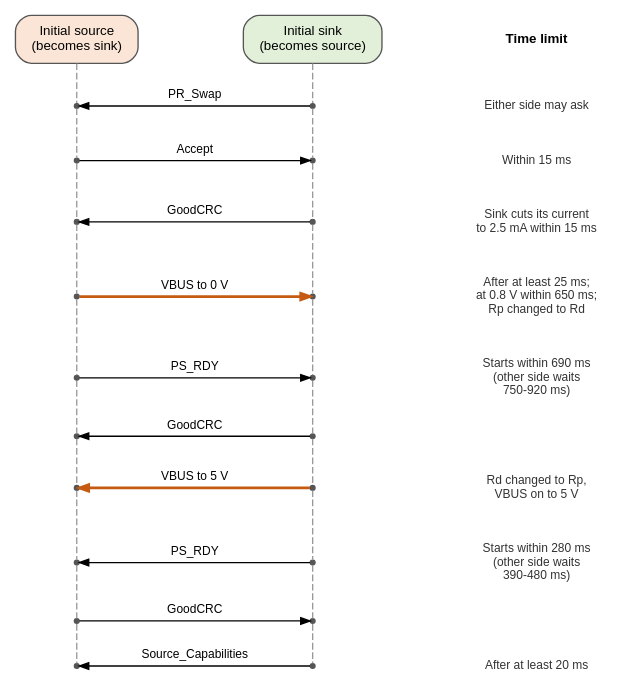
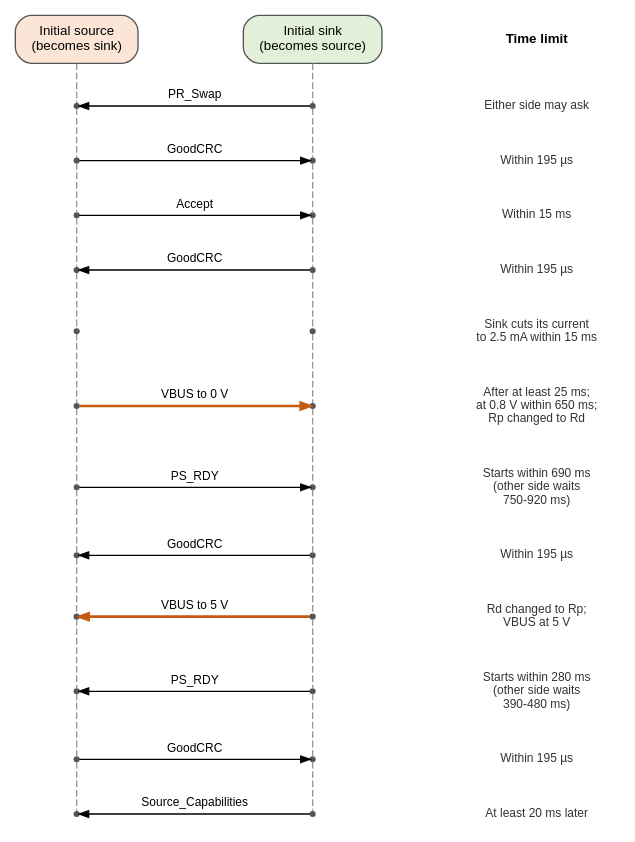
The diagram in docs/power/usb-pd/pr-swap.dot (mithro/evampire), drawn with Graphviz before and after one commit. The commit also changed 1 other file, not shown here.

Commit message:
Rewrite the USB PD sections on power role, data role and VCONN swaps
Add the section Data roles and DR_Swap (label usbpd-data-roles) that the USB serial pages link to, and redraw the power role swap with every GoodCRC and its time limit, as in PD Figure 4.14. Fast role swap and Hard Reset follow in the next commit.

```diff
--- a/docs/power/usb-pd/pr-swap.dot
+++ b/docs/power/usb-pd/pr-swap.dot
@@ -1,60 +1,72 @@
-// Power role swap message sequence (USB PD specification, sections 4.3.3 and 7.10).
-// Time runs from top to bottom. Not to scale.
+// Power role swap message sequence (USB PD R3.3, Section 4.3.3, Figure 4.14,
+// Section 7.10; time limits from Tables 4.7, 4.8 and 7.10).
+// The initial sink asks in this example. Time runs from top to bottom.
+// Not to scale.
 //
 // SPDX-License-Identifier: Apache-2.0
 
 digraph pr_swap {
     graph [rankdir=TB, fontname="Helvetica", fontsize=11, nodesep=1.1,
            ranksep=0.3, newrank=true, splines=false];
     node  [shape=point, width=0.05, color="#555555", fontname="Helvetica",
            fontsize=10];
     edge  [fontname="Helvetica", fontsize=9, arrowsize=0.7];
 
     a [shape=box, style="rounded,filled", fillcolor="#fbe5d6",
        label="Initial source\n(becomes sink)", width=1.1];
     b [shape=box, style="rounded,filled", fillcolor="#e2f0d9",
        label="Initial sink\n(becomes source)", width=1.1];
-    nh [shape=plaintext, label="Time limit", fontsize=10, fontname="Helvetica-Bold"];
+    nh [shape=plaintext, label="Time limit", fontsize=10,
+        fontname="Helvetica-Bold"];
 
-    a1; a2; a3; a4; a5; a6; a7; a8; a9; a10;
-    b1; b2; b3; b4; b5; b6; b7; b8; b9; b10;
+    a1; a2; a3; a4; a5; a6; a7; a8; a9; a10; a11; a12;
+    b1; b2; b3; b4; b5; b6; b7; b8; b9; b10; b11; b12;
 
     node [shape=plaintext, width=0, height=0, fontsize=9, fontcolor="#333333"];
     n1  [label="Either side may ask"];
-    n2  [label="Within 15 ms"];
-    n3  [label="Sink cuts its current\nto 2.5 mA within 15 ms"];
-    n4  [label="After at least 25 ms;\nat 0.8 V within 650 ms;\nRp changed to Rd"];
-    n5  [label="Starts within 690 ms\n(other side waits\n750-920 ms)"];
-    n7  [label="Rd changed to Rp,\nVBUS on to 5 V"];
-    n8  [label="Starts within 280 ms\n(other side waits\n390-480 ms)"];
-    n10 [label="After at least 20 ms"];
+    n2  [label="Within 195 µs"];
+    n3  [label="Within 15 ms"];
+    n4  [label="Within 195 µs"];
+    n5  [label="Sink cuts its current\nto 2.5 mA within 15 ms"];
+    n6  [label="After at least 25 ms;\nat 0.8 V within 650 ms;\nRp changed to Rd"];
+    n7  [label="Starts within 690 ms\n(other side waits\n750-920 ms)"];
+    n8  [label="Within 195 µs"];
+    n9  [label="Rd changed to Rp;\nVBUS at 5 V"];
+    n10 [label="Starts within 280 ms\n(other side waits\n390-480 ms)"];
+    n11 [label="Within 195 µs"];
+    n12 [label="At least 20 ms later"];
 
     { rank=same; a; b; nh; }
     { rank=same; a1; b1; n1; }
     { rank=same; a2; b2; n2; }
     { rank=same; a3; b3; n3; }
     { rank=same; a4; b4; n4; }
     { rank=same; a5; b5; n5; }
-    { rank=same; a6; b6; }
+    { rank=same; a6; b6; n6; }
     { rank=same; a7; b7; n7; }
     { rank=same; a8; b8; n8; }
-    { rank=same; a9; b9; }
+    { rank=same; a9; b9; n9; }
     { rank=same; a10; b10; n10; }
+    { rank=same; a11; b11; n11; }
+    { rank=same; a12; b12; n12; }
 
     edge [arrowhead=none, style=dashed, color="#999999", weight=100];
-    a -> a1 -> a2 -> a3 -> a4 -> a5 -> a6 -> a7 -> a8 -> a9 -> a10;
-    b -> b1 -> b2 -> b3 -> b4 -> b5 -> b6 -> b7 -> b8 -> b9 -> b10;
-    nh -> n1 -> n2 -> n3 -> n4 -> n5 -> n7 -> n8 -> n10 [style=invis];
+    a -> a1 -> a2 -> a3 -> a4 -> a5 -> a6 -> a7 -> a8 -> a9 -> a10 -> a11 -> a12;
+    b -> b1 -> b2 -> b3 -> b4 -> b5 -> b6 -> b7 -> b8 -> b9 -> b10 -> b11 -> b12;
+    nh -> n1 -> n2 -> n3 -> n4 -> n5 -> n6 -> n7 -> n8 -> n9 -> n10 -> n11 -> n12
+        [style=invis];
 
     edge [arrowhead=normal, style=solid, color="#000000", weight=0];
-    b1 -> a1 [label="PR_Swap"];
-    a2 -> b2 [label="Accept"];
-    b3 -> a3 [label="GoodCRC"];
-    a4 -> b4 [label="VBUS to 0 V", penwidth=2, color="#c55a11"];
-    a5 -> b5 [label="PS_RDY"];
-    b6 -> a6 [label="GoodCRC"];
-    b7 -> a7 [label="VBUS to 5 V", penwidth=2, color="#c55a11"];
-    b8 -> a8 [label="PS_RDY"];
-    a9 -> b9 [label="GoodCRC"];
-    b10 -> a10 [label="Source_Capabilities"];
+    b1 -> a1   [label="PR_Swap"];
+    a2 -> b2   [label="GoodCRC"];
+    a3 -> b3   [label="Accept"];
+    b4 -> a4   [label="GoodCRC"];
+    b5 -> a5   [style=invis];
+    a6 -> b6   [label="VBUS to 0 V", penwidth=2, color="#c55a11"];
+    a7 -> b7   [label="PS_RDY"];
+    b8 -> a8   [label="GoodCRC"];
+    b9 -> a9   [label="VBUS to 5 V", penwidth=2, color="#c55a11"];
+    b10 -> a10 [label="PS_RDY"];
+    a11 -> b11 [label="GoodCRC"];
+    b12 -> a12 [label="Source_Capabilities"];
 }
```
